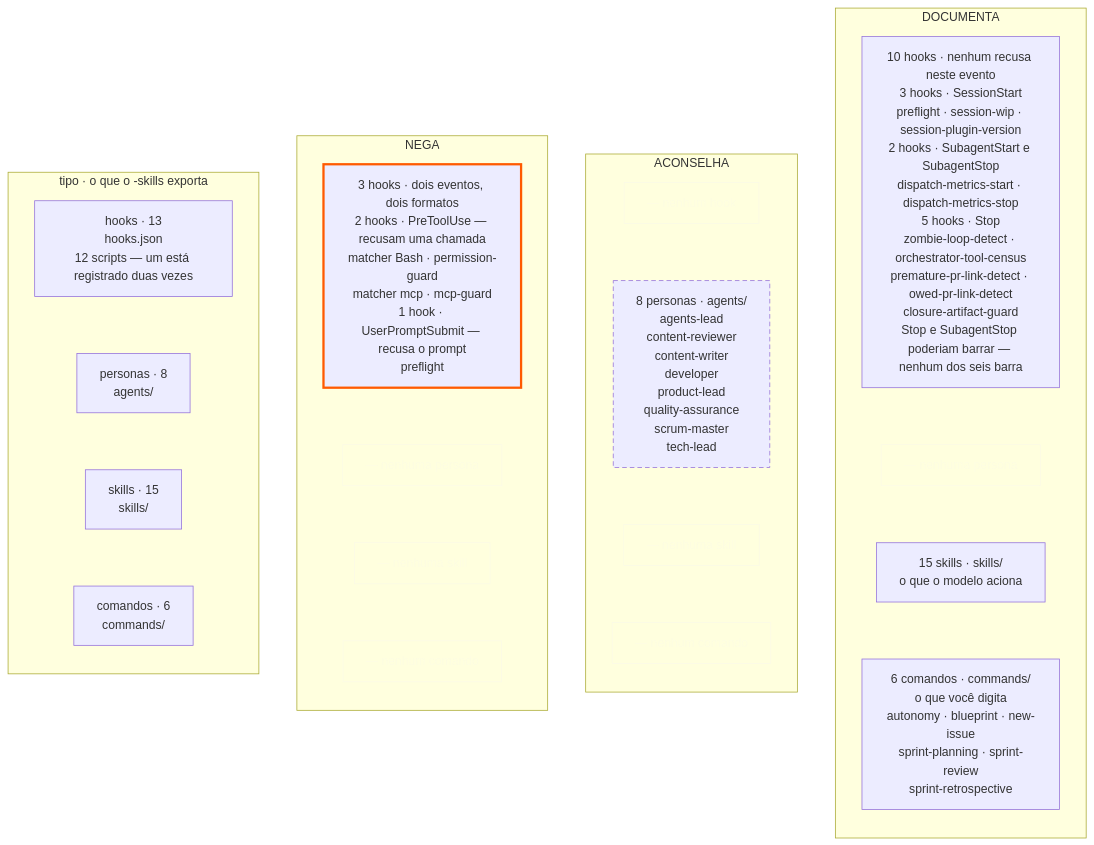
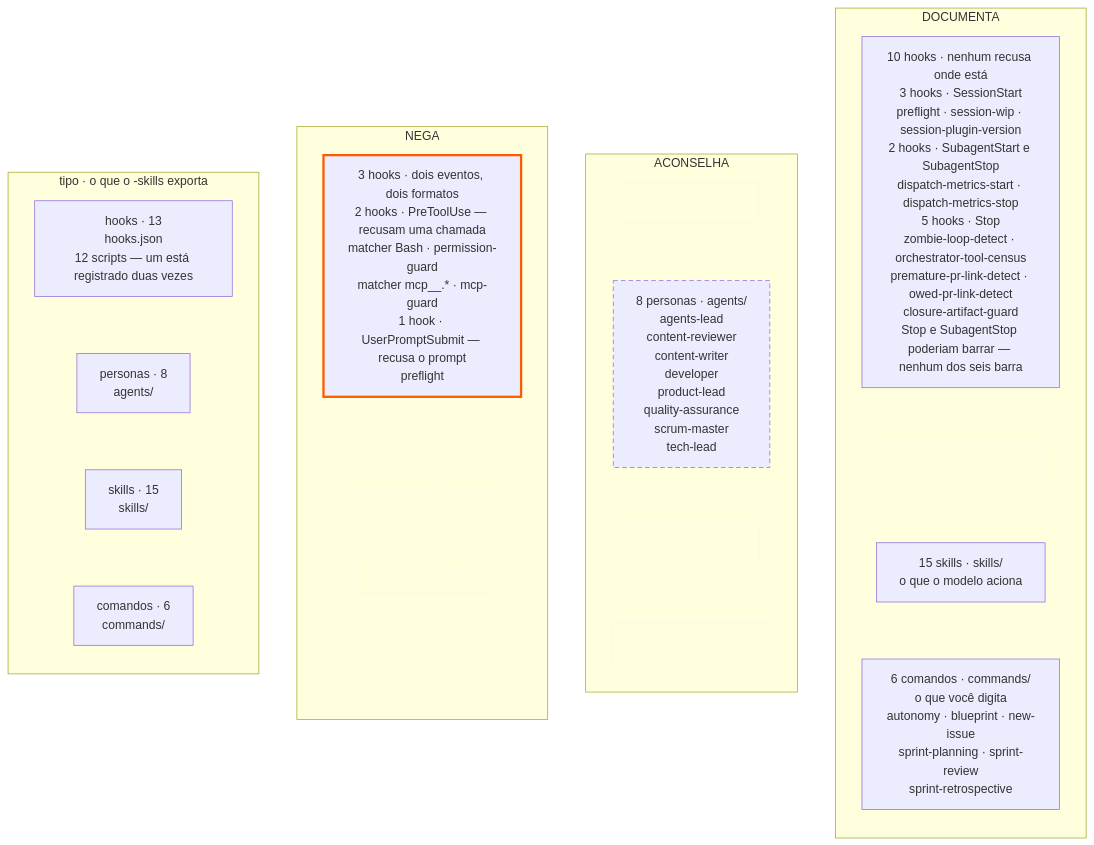
Before and after one commit to tedeuxx/tadeumendonca-io: the third of 3 diagrams in apps/fed/src/content/architecture.pt.md, drawn with Mermaid. The commit also changed 2 other files, not shown here.

Commit message:
fix(architecture): two grid labels said less than the manifest they were derived from (#580)
Author-side pass, before the MR:

  - `matcher mcp` reads as a literal matcher string. The registration's matcher is `mcp__.*`,
    which is what the cell says now — the same precision the `Bash` row beside it already had.
  - `none refuses on this event` sits in a cell holding four different events, so "this"
    resolves to nothing. `none refuses where it sits` says the per-registration claim the
    manifest actually carries.

Neither is a count and neither moves a test; both are the cell being as exact as the field
it was generated from.

Refs #580

````diff
--- a/apps/fed/src/content/architecture.pt.md
+++ b/apps/fed/src/content/architecture.pt.md
@@ -191,49 +191,49 @@
 ```mermaid
 flowchart LR
   accTitle: Do que o harness é feito
   accDescr: A afirmação vem primeiro, porque é pra ela que a grade existe. De tudo que o plugin exporta, exatamente um tipo consegue recusar: só os hooks RECUSAM, e só em dois dos seis eventos em que eles se registram. As personas ACONSELHAM, e as skills e os comandos só DOCUMENTAM. Quatro tipos contra três classes de força dá doze células; cinco têm conteúdo e sete estão vazias, e as sete vazias são o argumento. Agora o inventário de onde a afirmação é lida. As raias são os 13 registros de hook no hooks.json, escritos por 12 scripts porque o preflight está registrado duas vezes; as 8 personas do diretório agents; as 15 skills do diretório skills; e os 6 comandos do diretório commands. Na coluna que nega há uma célula só, e ela tem 3 registros em dois eventos de formatos diferentes: o permission-guard no matcher Bash e o mcp-guard no matcher das ferramentas MCP, os dois no PreToolUse, que recusam uma chamada de ferramenta antes dela rodar; e o preflight no UserPromptSubmit, que recusa o próprio prompt, antes do turno começar. Persona, skill e comando não têm célula nenhuma ali. Na coluna do meio também há uma só: as 8 personas — agents-lead, content-reviewer, content-writer, developer, product-lead, quality-assurance, scrum-master e tech-lead — que ACONSELHAM, e isso é uma afirmação sobre o julgamento delas, não sobre a cadeira, porque uma lente que ninguém aciona falha em silêncio. A terceira coluna, a dos componentes que só DOCUMENTAM, tem três células: as 15 skills, que é o que o modelo aciona sozinho; os 6 comandos, que é o que uma pessoa digita; e os outros 10 registros de hook — 3 no SessionStart, 2 no SubagentStart e no SubagentStop, e 5 no Stop. Lidas as duas colunas juntas, o preflight aparece nas duas, porque está registrado duas vezes com uma classe diferente em cada evento, e é isso que significa o desenho ser derivado e não desenhado: ninguém escrevendo à mão desenharia um script em duas colunas da mesma grade.
   subgraph LANE["tipo · o que o -skills exporta"]
     direction TB
     LH["hooks · 13<br/>hooks.json<br/>12 scripts — um está registrado duas vezes"]
     LP["personas · 8<br/>agents/"]
     LS["skills · 15<br/>skills/"]
     LC["comandos · 6<br/>commands/"]
     LH ~~~ LP ~~~ LS ~~~ LC
   end
   subgraph COLD["NEGA"]
     direction TB
-    HKD["3 hooks · dois eventos, dois formatos<br/>2 hooks · PreToolUse — recusam uma chamada<br/>matcher Bash · permission-guard<br/>matcher mcp · mcp-guard<br/>1 hook · UserPromptSubmit — recusa o prompt<br/>preflight"]
+    HKD["3 hooks · dois eventos, dois formatos<br/>2 hooks · PreToolUse — recusam uma chamada<br/>matcher Bash · permission-guard<br/>matcher mcp__.* · mcp-guard<br/>1 hook · UserPromptSubmit — recusa o prompt<br/>preflight"]
     PSD["— nenhuma persona"]
     SKD["— nenhuma skill"]
     CMD["— nenhum comando"]
     HKD ~~~ PSD ~~~ SKD ~~~ CMD
   end
   subgraph COLA["ACONSELHA"]
     direction TB
     HKA["— nenhum hook"]
     PS["8 personas · agents/<br/>agents-lead<br/>content-reviewer<br/>content-writer<br/>developer<br/>product-lead<br/>quality-assurance<br/>scrum-master<br/>tech-lead"]
     SKA["— nenhuma skill"]
     CMA["— nenhum comando"]
     HKA ~~~ PS ~~~ SKA ~~~ CMA
   end
   subgraph COLO["DOCUMENTA"]
     direction TB
-    HKR["10 hooks · nenhum recusa neste evento<br/>3 hooks · SessionStart<br/>preflight · session-wip · session-plugin-version<br/>2 hooks · SubagentStart e SubagentStop<br/>dispatch-metrics-start · dispatch-metrics-stop<br/>5 hooks · Stop<br/>zombie-loop-detect · orchestrator-tool-census<br/>premature-pr-link-detect · owed-pr-link-detect<br/>closure-artifact-guard<br/>Stop e SubagentStop poderiam barrar — nenhum dos seis barra"]
+    HKR["10 hooks · nenhum recusa onde está<br/>3 hooks · SessionStart<br/>preflight · session-wip · session-plugin-version<br/>2 hooks · SubagentStart e SubagentStop<br/>dispatch-metrics-start · dispatch-metrics-stop<br/>5 hooks · Stop<br/>zombie-loop-detect · orchestrator-tool-census<br/>premature-pr-link-detect · owed-pr-link-detect<br/>closure-artifact-guard<br/>Stop e SubagentStop poderiam barrar — nenhum dos seis barra"]
     PSO["— nenhuma persona"]
     SK["15 skills · skills/<br/>o que o modelo aciona"]
     CM["6 comandos · commands/<br/>o que você digita<br/>autonomy · blueprint · new-issue<br/>sprint-planning · sprint-review<br/>sprint-retrospective"]
     HKR ~~~ PSO ~~~ SK ~~~ CM
   end
   LANE ~~~ COLD ~~~ COLA ~~~ COLO
   classDef mechanism stroke:#FF5A00,stroke-width:3px
   classDef convention stroke-dasharray:6 4
   %% `vazia` nunca pode usar #FF5A00 nem stroke-dasharray: o teste conta exatamente uma caixa na cor de
   %% destaque (o mecanismo) e exatamente uma tracejada (a convenção) no SVG compilado, e qualquer um dos
   %% dois aqui faria sete células vazias afirmarem uma força que elas não têm. E tem de ficar dentro das
   %% três cores do ADR-0008 — o primeiro rascunho apagava essas células com #555555/#888888 e o gate de
   %% paleta pegou isso nas duas edições. Aqui uma célula recua por opacidade; um quarto cinza não existe.
   classDef vazia fill:none,stroke:#F5F4EF,color:#F5F4EF,opacity:0.45
   class HKD mechanism
   class PS convention
   class PSD,SKD,CMD,HKA,SKA,CMA,PSO vazia
 ```
````
